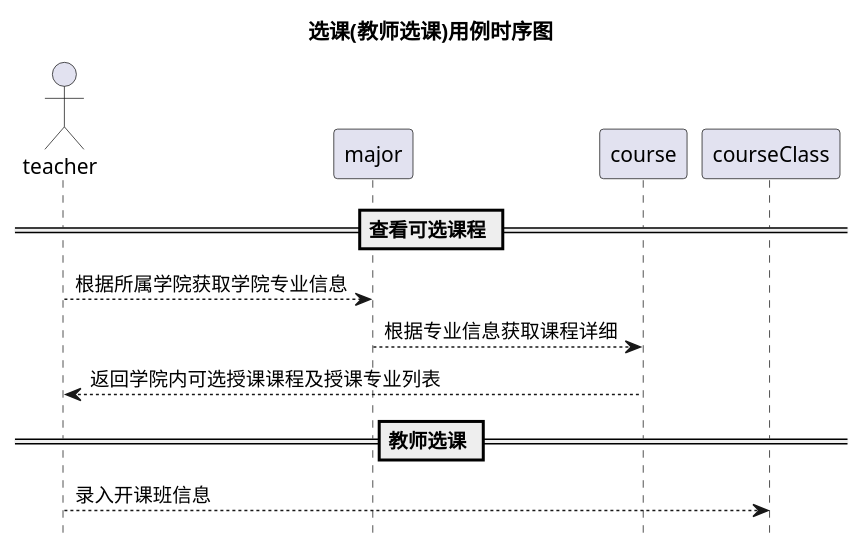
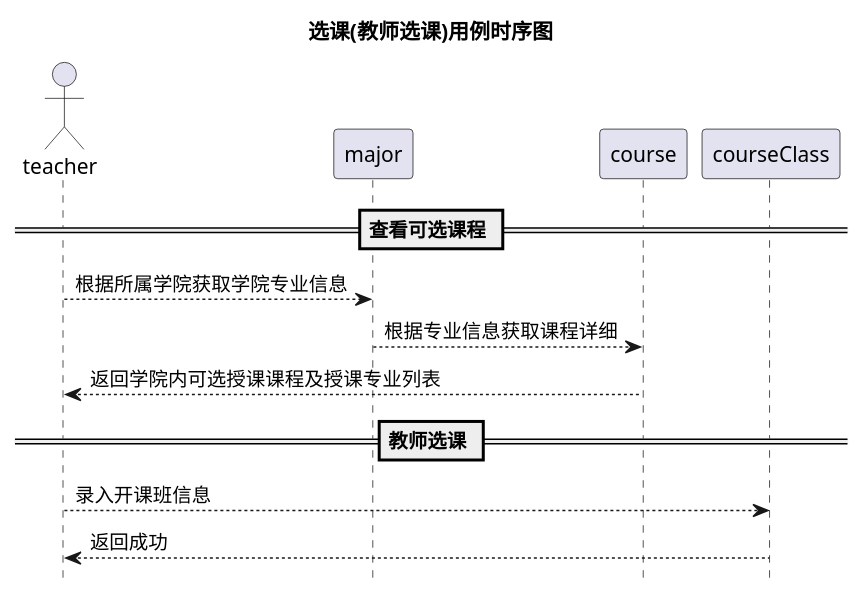
Before and after one commit to 201610414130/is_analysis-4: the first of 16 diagrams in test6/sequence.pu, drawn with PlantUML. The commit also changed other lines of this file and 2 other files, not shown here.

```diff
--- a/test6/sequence.pu
+++ b/test6/sequence.pu
@@ -1,11 +1,12 @@
 @startuml 选课(教师选课)
 title 选课(教师选课)用例时序图
 hide footbox
 actor teacher
 == 查看可选课程 ==
 teacher --> major: 根据所属学院获取学院专业信息
 major --> course: 根据专业信息获取课程详细
 course --> teacher: 返回学院内可选授课课程及授课专业列表
 == 教师选课 ==
 teacher --> courseClass: 录入开课班信息
+courseClass --> teacher: 返回成功
 @enduml
```
